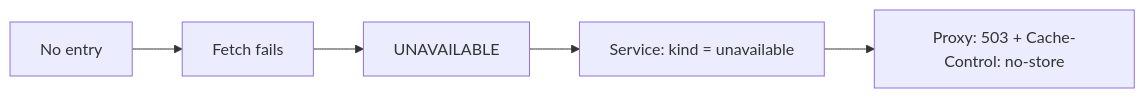
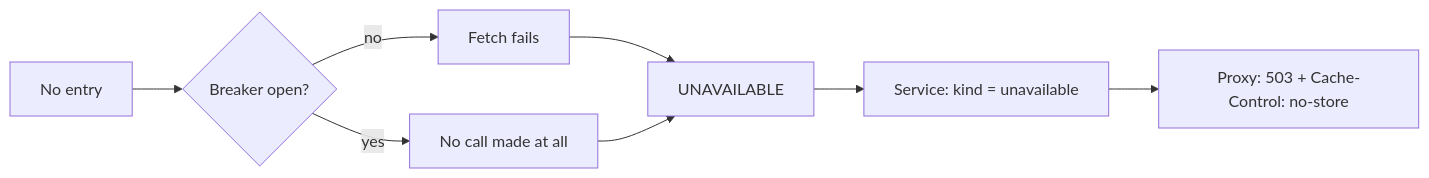
One commit to nikgavalas/nikgavalas-foolcom-coding-challenge changed diagram 12 of 17 in docs/ARCHITECTURE.md. Above: the diagram before and after it, drawn with Mermaid. The commit also changed other lines of this file, not shown here.

Commit message:
diagram updates

````diff
--- a/docs/ARCHITECTURE.md
+++ b/docs/ARCHITECTURE.md
@@ -292,7 +359,10 @@
 ```mermaid
 flowchart LR
-    A[No entry] --> B[Fetch fails]
-    B --> C[UNAVAILABLE]
-    C --> D[Service: kind = unavailable]
-    D --> E[Proxy: 503 + Cache-Control: no-store]
+    A[No entry] --> B{Breaker open?}
+    B -->|no| C[Fetch fails]
+    B -->|yes| D[No call made at all]
+    C --> E[UNAVAILABLE]
+    D --> E
+    E --> F[Service: kind = unavailable]
+    F --> G[Proxy: 503 + Cache-Control: no-store]
 ```
````
